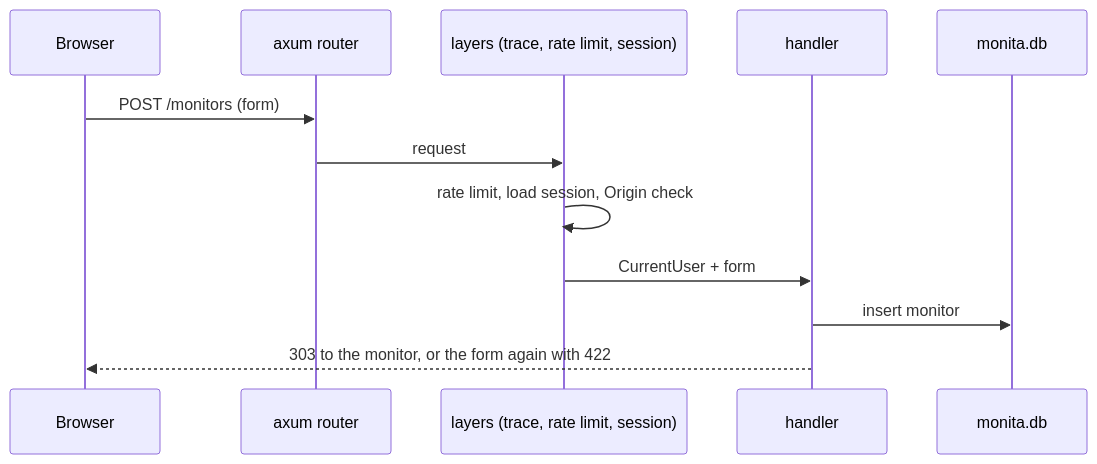
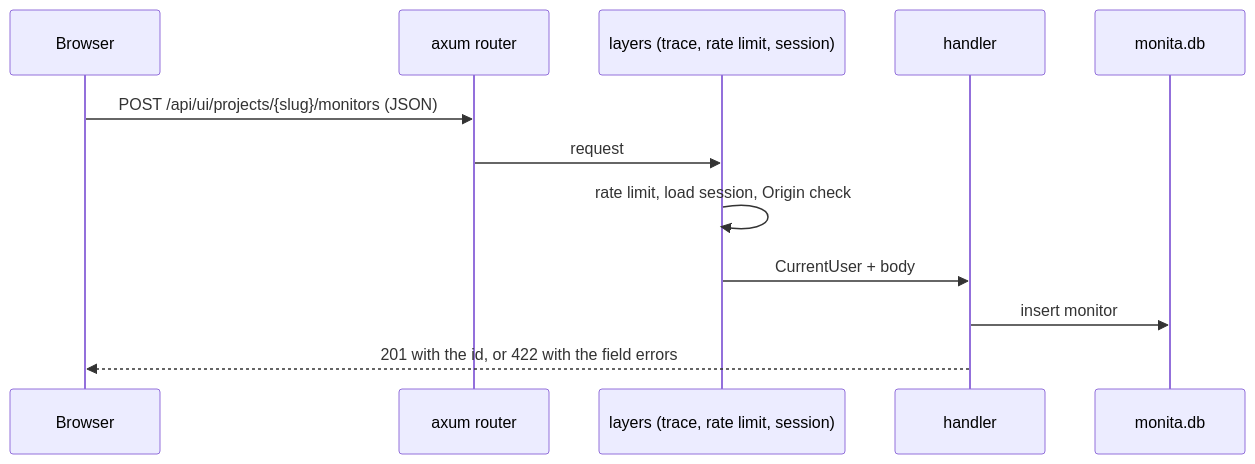
Before and after one commit to PT-Perkasa-Pilar-Utama/monita: the second of 4 diagrams in docs/technical-specs/02-system-architecture.md, drawn with Mermaid. The commit also changed other lines of this file and 29 other files, not shown here.

````diff
--- a/docs/technical-specs/02-system-architecture.md
+++ b/docs/technical-specs/02-system-architecture.md
@@ -35,14 +35,14 @@
 ```mermaid
 sequenceDiagram
   participant B as Browser
   participant R as axum router
   participant L as layers (trace, rate limit, session)
   participant H as handler
   participant D as monita.db
-  B->>R: POST /monitors (form)
+  B->>R: POST /api/ui/projects/{slug}/monitors (JSON)
   R->>L: request
   L->>L: rate limit, load session, Origin check
-  L->>H: CurrentUser + form
+  L->>H: CurrentUser + body
   H->>D: insert monitor
-  H-->>B: 303 to the monitor, or the form again with 422
+  H-->>B: 201 with the id, or 422 with the field errors
 ```
````
